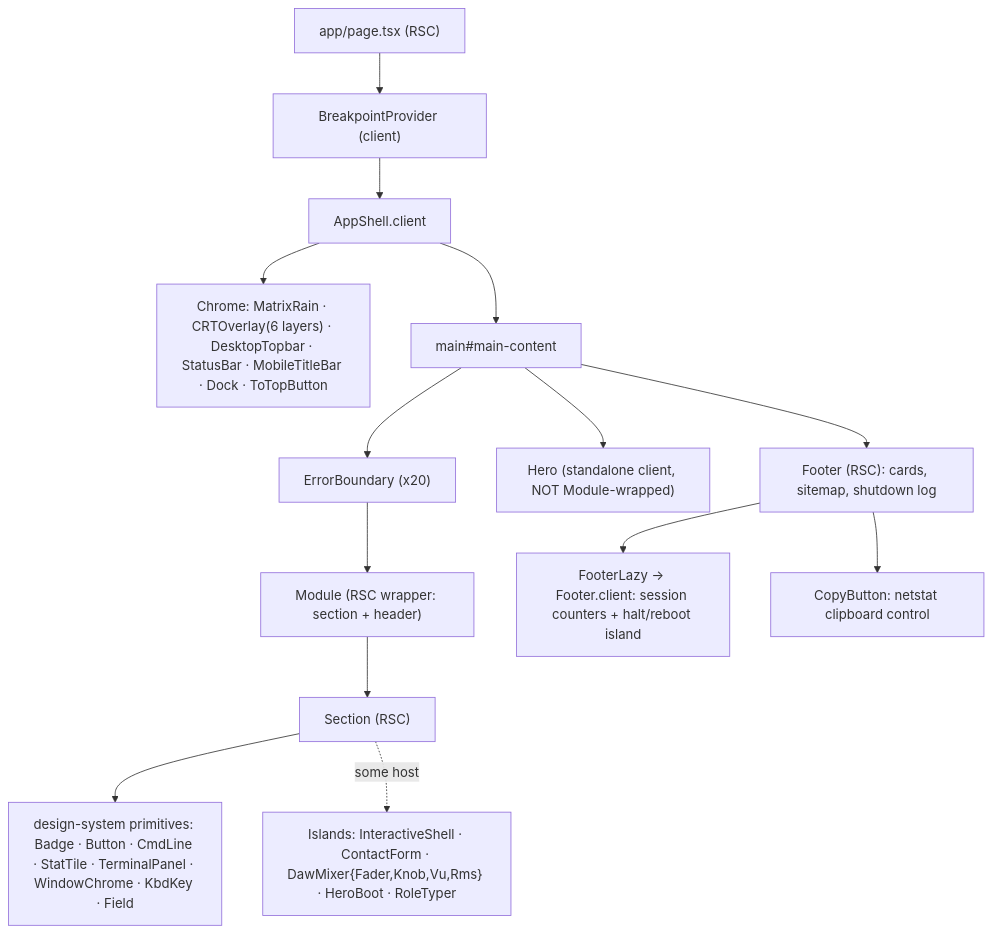
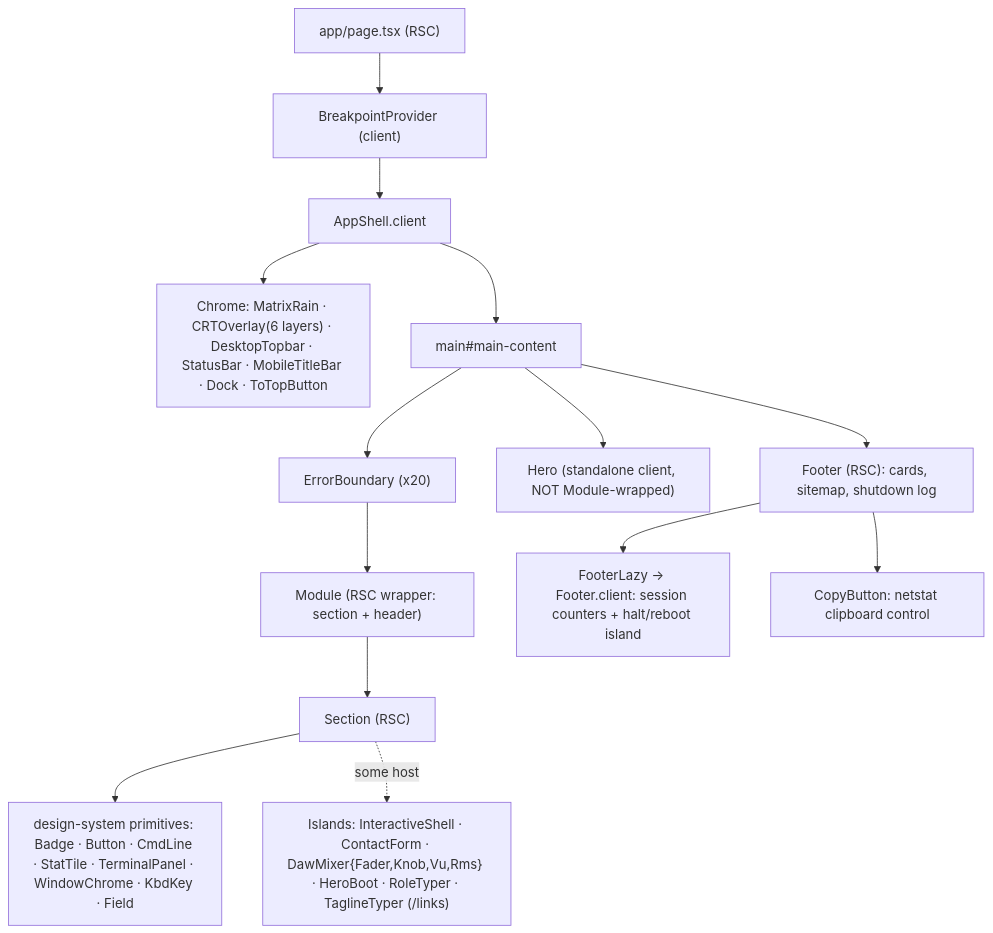
The first of 2 diagrams in docs/04-components-and-state.md (erikunha/portfolio), drawn with Mermaid before and after one commit. The commit also changed 1 other file, not shown here.

Commit message:
docs(links): list the tagline typewriter with the other client islands

````diff
--- a/docs/04-components-and-state.md
+++ b/docs/04-components-and-state.md
@@ -22,16 +22,16 @@
 ```mermaid
 flowchart TD
     page["app/page.tsx (RSC)"] --> bp["BreakpointProvider (client)"]
     bp --> shell["AppShell.client"]
     shell --> chrome["Chrome: MatrixRain · CRTOverlay(6 layers) · DesktopTopbar · StatusBar · MobileTitleBar · Dock · ToTopButton"]
     shell --> main["main#main-content"]
     main --> eb["ErrorBoundary (x20)"]
     eb --> mod["Module (RSC wrapper: section + header)"]
     mod --> sec["Section (RSC)"]
     sec --> dsp["design-system primitives: Badge · Button · CmdLine · StatTile · TerminalPanel · WindowChrome · KbdKey · Field"]
-    sec -. some host .-> isl["Islands: InteractiveShell · ContactForm · DawMixer{Fader,Knob,Vu,Rms} · HeroBoot · RoleTyper"]
+    sec -. some host .-> isl["Islands: InteractiveShell · ContactForm · DawMixer{Fader,Knob,Vu,Rms} · HeroBoot · RoleTyper · TaglineTyper (/links)"]
     main --> hero["Hero (standalone client, NOT Module-wrapped)"]
     main --> fl["Footer (RSC): cards, sitemap, shutdown log"]
     fl --> fi["FooterLazy -> Footer.client: session counters + halt/reboot island"]
     fl --> fc["CopyButton: netstat clipboard control"]
 ```
````
